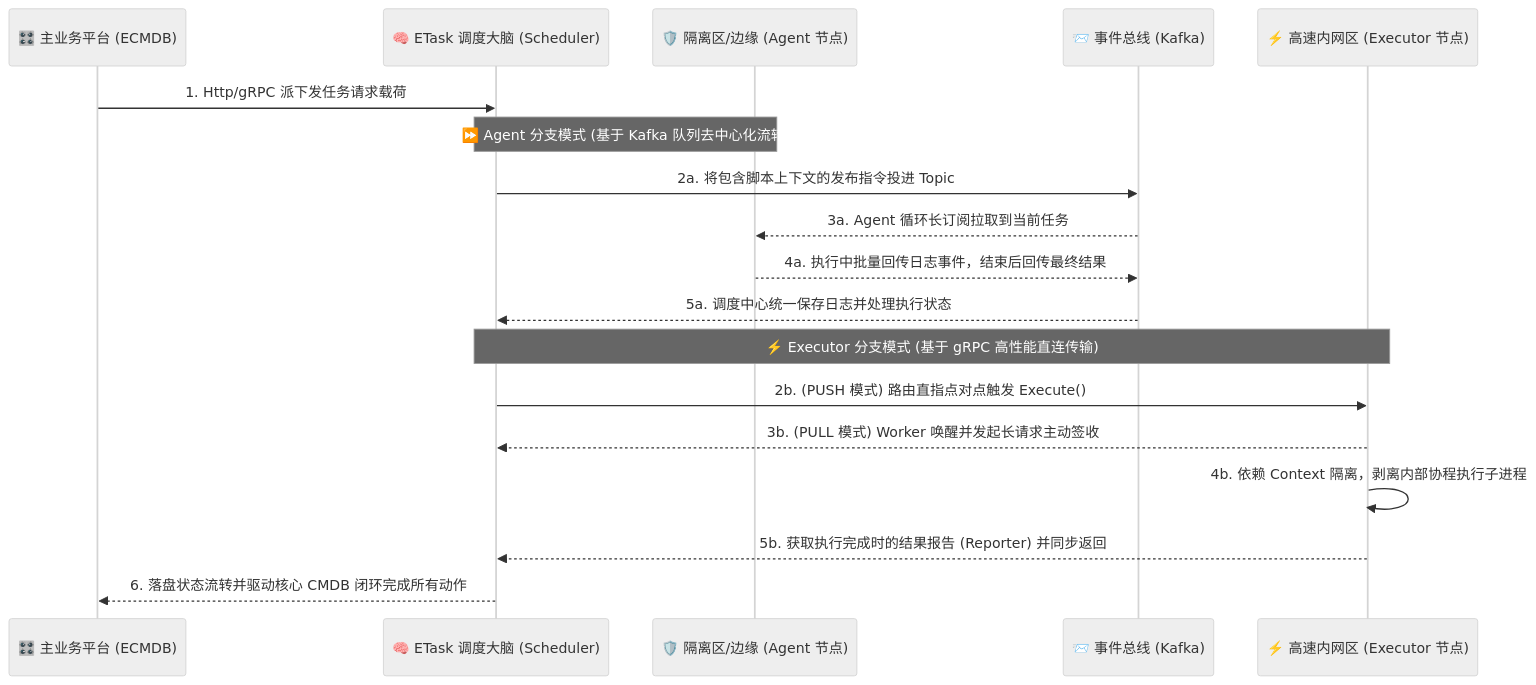
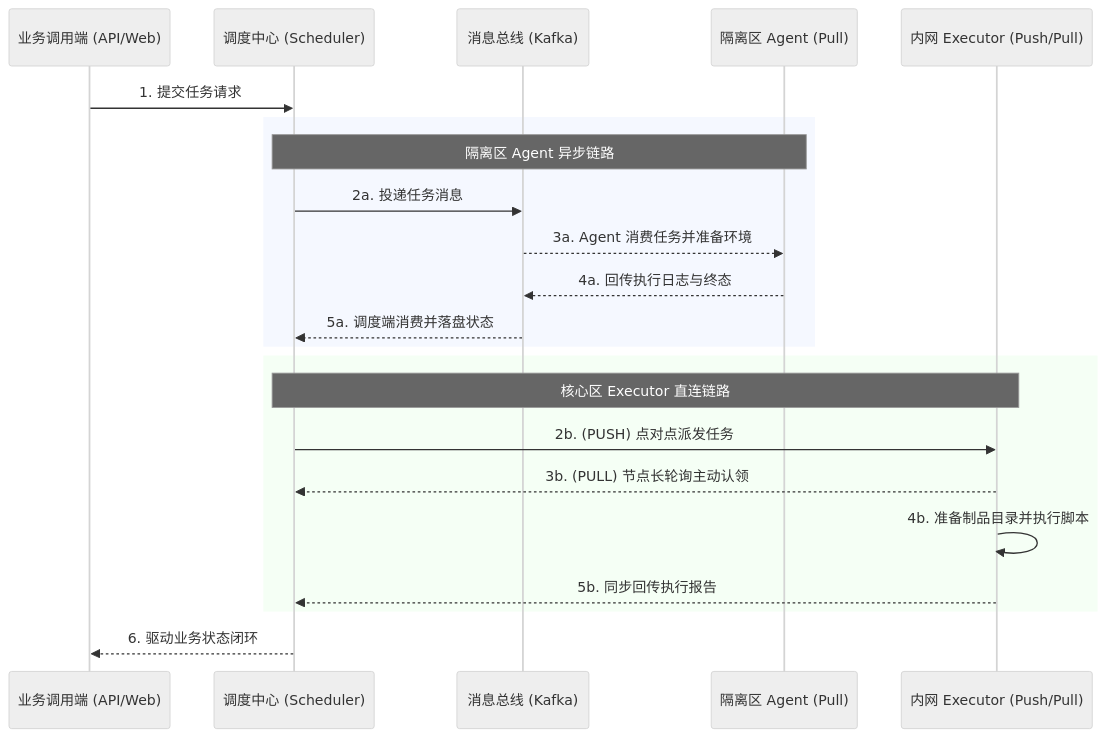
Before and after one commit to Duke1616/ework-runner: the diagram in README.md, drawn with Mermaid (neutral theme). The commit also changed other lines of this file and 1 other file, not shown here.

````diff
--- a/README.md
+++ b/README.md
@@ -34,25 +36,28 @@
 ```mermaid
 sequenceDiagram
-    participant ECMDB as 🎛️ 主业务平台 (ECMDB)
-    participant Scheduler as 🧠 ETask 调度大脑 (Scheduler)
+    participant Client as 业务调用端 (API/Web)
+    participant Scheduler as 调度中心 (Scheduler)
+    participant Kafka as 消息总线 (Kafka)
+    participant Agent as 隔离区 Agent (Pull)
+    participant Executor as 内网 Executor (Push/Pull)
+
+    Client->>Scheduler: 1. 提交任务请求
     
-    participant Agent as 🛡️ 隔离区/边缘 (Agent 节点)
-    participant Kafka as 📨 事件总线 (Kafka)
-    participant Executor as ⚡️ 高速内网区 (Executor 节点)
+    rect rgb(245, 248, 255)
+    Note over Scheduler,Agent: 隔离区 Agent 异步链路
+    Scheduler->>Kafka: 2a. 投递任务消息
+    Kafka-->>Agent: 3a. Agent 消费任务并准备环境
+    Agent-->>Kafka: 4a. 回传执行日志与终态
+    Kafka-->>Scheduler: 5a. 调度端消费并落盘状态
+    end
 
-    ECMDB->>Scheduler: 1. Http/gRPC 派下发任务请求载荷
-    
-    Note over Scheduler,Agent: ⏩ Agent 分支模式 (基于 Kafka 队列去中心化流转)
-    Scheduler->>Kafka: 2a. 将包含脚本上下文的发布指令投进 Topic
-    Kafka-->>Agent: 3a. Agent 循环长订阅拉取到当前任务
-    Agent-->>Kafka: 4a. 执行中批量回传日志事件，结束后回传最终结果
-    Kafka-->>Scheduler: 5a. 调度中心统一保存日志并处理执行状态
+    rect rgb(245, 255, 245)
+    Note over Scheduler,Executor: 核心区 Executor 直连链路
+    Scheduler->>Executor: 2b. (PUSH) 点对点派发任务
+    Executor-->>Scheduler: 3b. (PULL) 节点长轮询主动认领
+    Executor->>Executor: 4b. 准备制品目录并执行脚本
+    Executor-->>Scheduler: 5b. 同步回传执行报告
+    end
 
-    Note over Scheduler,Executor: ⚡️ Executor 分支模式 (基于 gRPC 高性能直连传输)
-    Scheduler->>Executor: 2b. (PUSH 模式) 路由直指点对点触发 Execute()
-    Executor-->>Scheduler: 3b. (PULL 模式) Worker 唤醒并发起长请求主动签收
-    Executor->>Executor: 4b. 依赖 Context 隔离，剥离内部协程执行子进程
-    Executor-->>Scheduler: 5b. 获取执行完成时的结果报告 (Reporter) 并同步返回
-
-    Scheduler-->>ECMDB: 6. 落盘状态流转并驱动核心 CMDB 闭环完成所有动作
+    Scheduler-->>Client: 6. 驱动业务状态闭环
 ```
````
